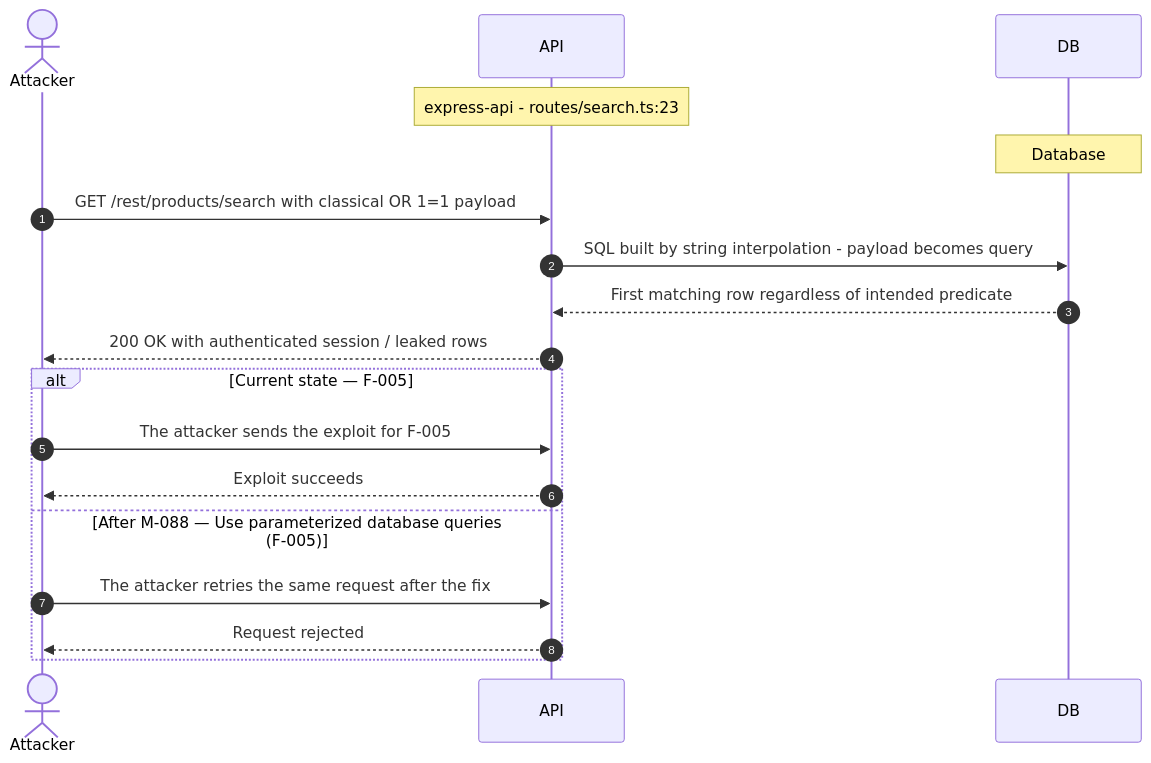
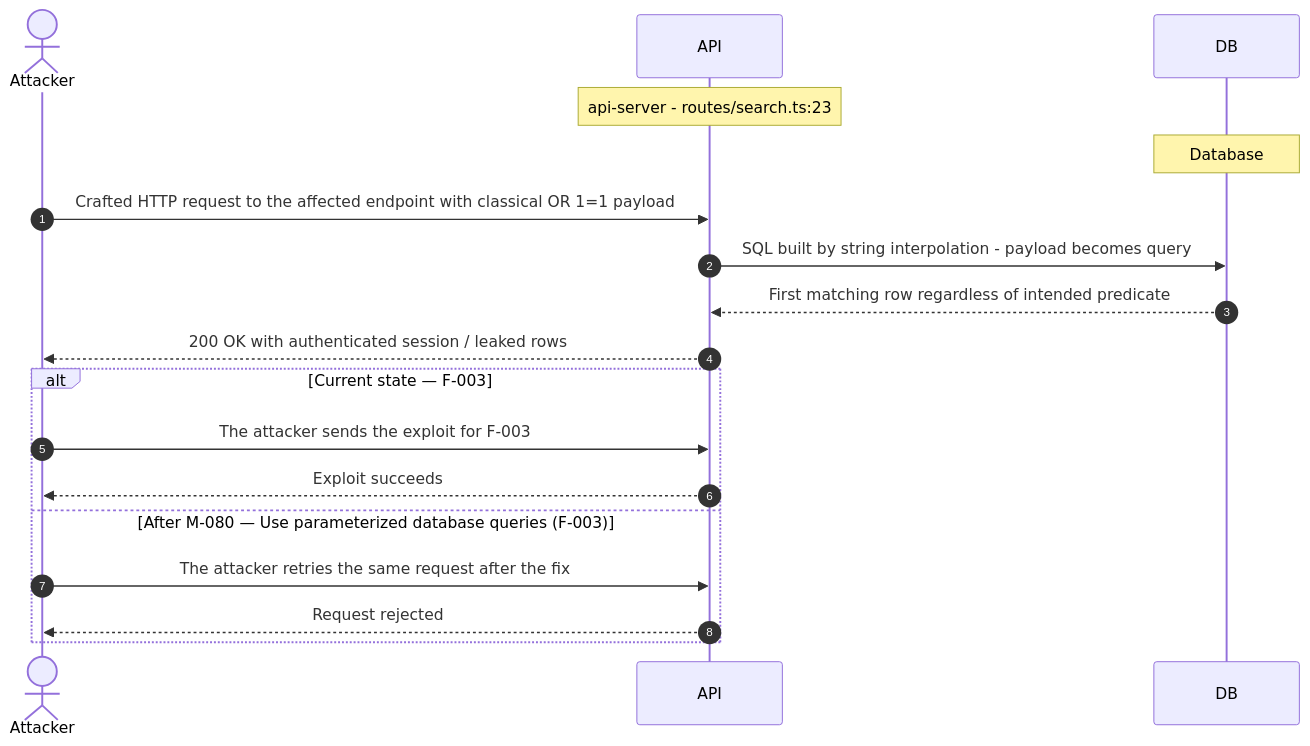
One commit to appsec-foundry/appsec-advisor-examples changed the fifth of 14 diagrams in threat-modeler/threat-model-juice-shop-thorough-v0.6.0b4.md. Above: the diagram before and after it, drawn with Mermaid. The commit also changed other lines of this file and 11 other files, not shown here.

````diff
--- a/threat-modeler/threat-model-juice-shop-thorough-v0.6.0b4.md
+++ b/threat-modeler/threat-model-juice-shop-thorough-v0.6.0b4.md
@@ -599,20 +512,20 @@
 ```mermaid
 sequenceDiagram
     autonumber
     actor Attacker
     participant API
     participant DB
-    Note over API: express-api - routes/search.ts:23
+    Note over API: api-server - routes/search.ts:23
     Note over DB: Database
-    Attacker->>API: GET /rest/products/search with classical OR 1=1 payload
+    Attacker->>API: Crafted HTTP request to the affected endpoint with classical OR 1=1 payload
     API->>DB: SQL built by string interpolation - payload becomes query
     DB-->>API: First matching row regardless of intended predicate
     API-->>Attacker: 200 OK with authenticated session / leaked rows
-    alt Current state — F-005
-        Attacker->>API: The attacker sends the exploit for F-005
+    alt Current state — F-003
+        Attacker->>API: The attacker sends the exploit for F-003
         API-->>Attacker: Exploit succeeds
-    else After M-088 — Use parameterized database queries (F-005)
+    else After M-080 — Use parameterized database queries (F-003)
         Attacker->>API: The attacker retries the same request after the fix
         API-->>Attacker: Request rejected
     end
 ```
````
